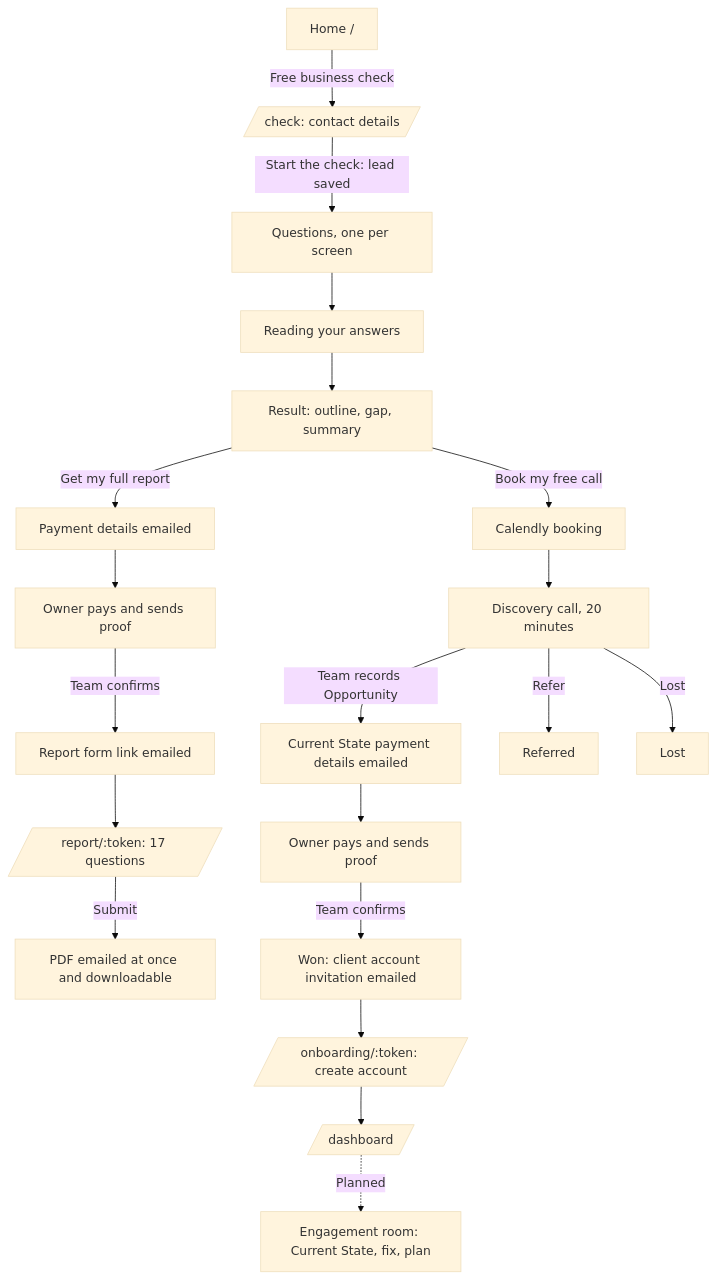
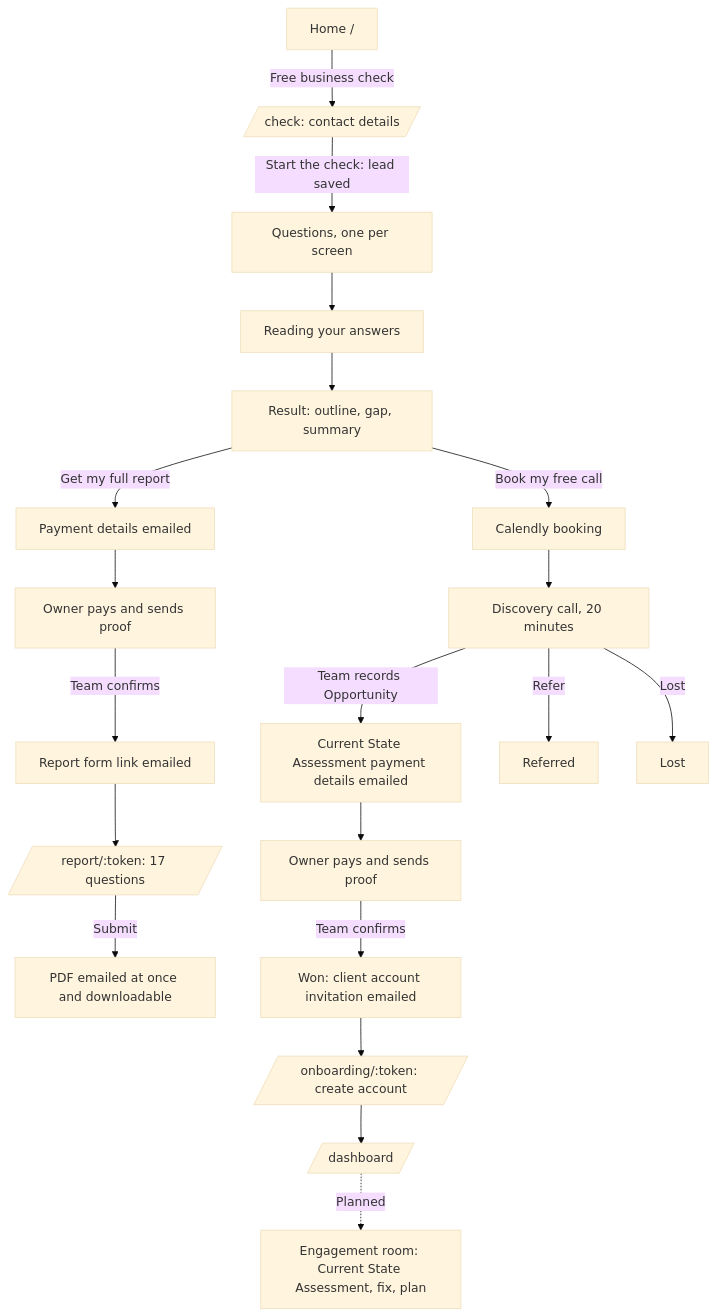
Before and after one commit to IPfactory01/IPF-SME: the first of 3 diagrams in docs/product/03-app-flow.md, drawn with Mermaid (base theme). The commit also changed other lines of this file and 24 other files, not shown here.

First line of the commit message:
Call the paid assessment "Current State Assessment" everywhere

````diff
--- a/docs/product/03-app-flow.md
+++ b/docs/product/03-app-flow.md
@@ -47,22 +47,22 @@
 ```mermaid
 flowchart TD
   A[Home /] -->|Free business check| B[/check: contact details/]
   B -->|Start the check: lead saved| C[Questions, one per screen]
   C --> D[Reading your answers]
   D --> E[Result: outline, gap, summary]
   E -->|Book my free call| F[Calendly booking]
   E -->|Get my full report| G[Payment details emailed]
   G --> G2[Owner pays and sends proof]
   G2 -->|Team confirms| G3[Report form link emailed]
   G3 --> G4[/report/:token: 17 questions/]
   G4 -->|Submit| G5[PDF emailed at once and downloadable]
   F --> H[Discovery call, 20 minutes]
-  H -->|Team records Opportunity| I[Current State payment details emailed]
+  H -->|Team records Opportunity| I[Current State Assessment payment details emailed]
   H -->|Refer| R[Referred]
   H -->|Lost| L[Lost]
   I --> I2[Owner pays and sends proof]
   I2 -->|Team confirms| J[Won: client account invitation emailed]
   J --> K[/onboarding/:token: create account/]
   K --> M[/dashboard/]
-  M -.->|Planned| N[Engagement room: Current State, fix, plan]
+  M -.->|Planned| N[Engagement room: Current State Assessment, fix, plan]
 ```
````
